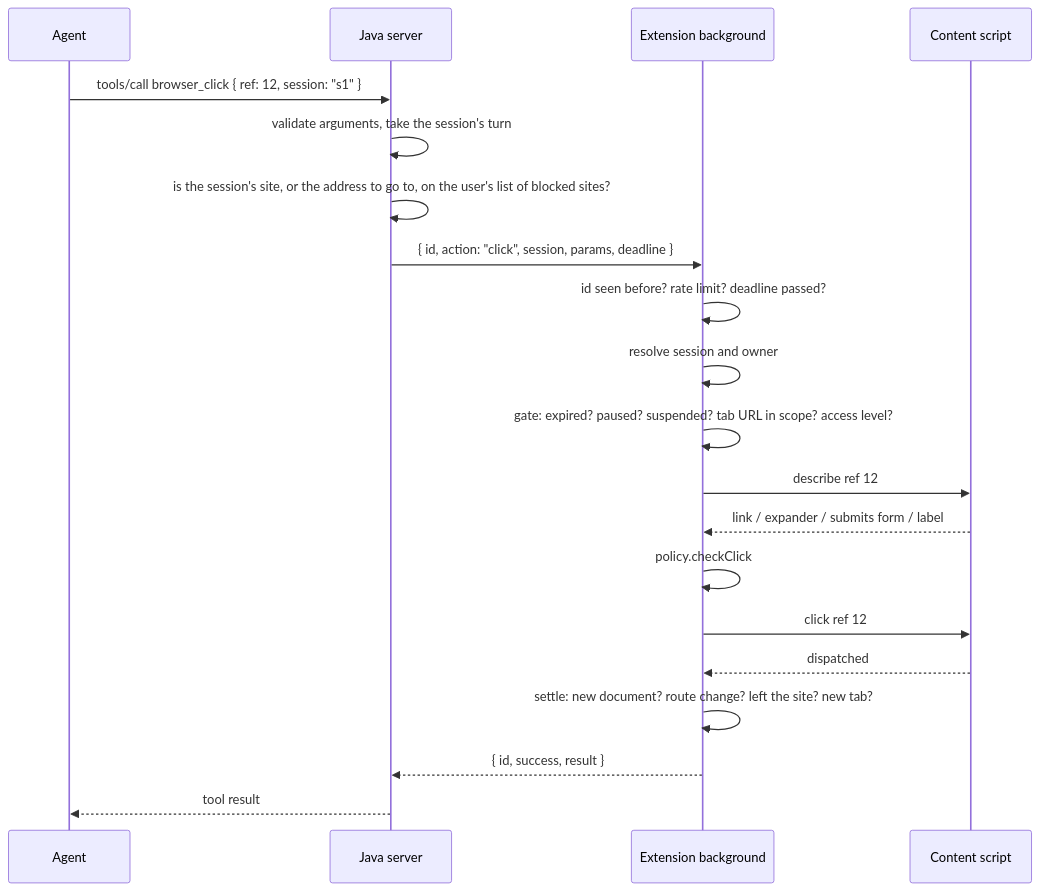
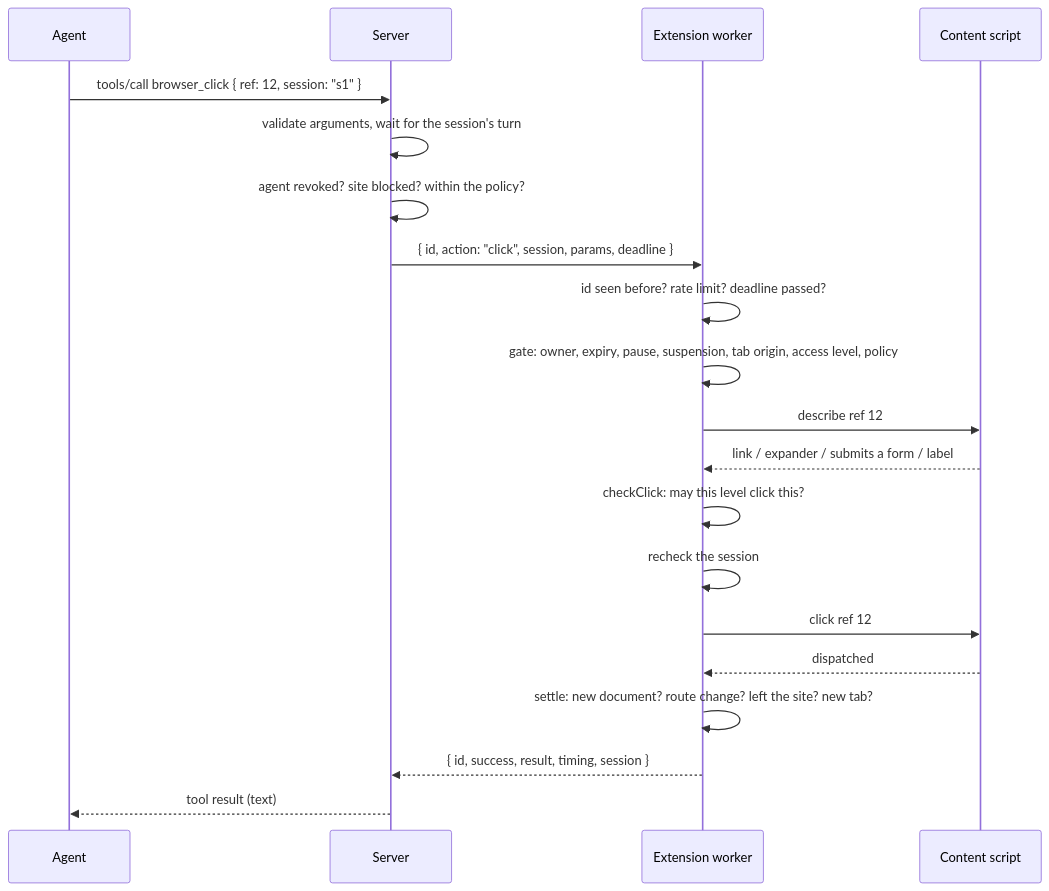
One commit to LaughingManCommits/TabGoblin changed the fourth of 7 diagrams in docs/architecture.md. Above: the diagram before and after it, drawn with Mermaid. The commit also changed other lines of this file and 24 other files, not shown here.

````diff
--- a/docs/architecture.md
+++ b/docs/architecture.md
@@ -129,22 +207,22 @@
 ```mermaid
 sequenceDiagram
   participant A as Agent
-  participant S as Java server
-  participant B as Extension background
+  participant S as Server
+  participant B as Extension worker
   participant P as Content script
   A->>S: tools/call browser_click { ref: 12, session: "s1" }
-  S->>S: validate arguments, take the session's turn
-  S->>S: is the session's site, or the address to go to, on the user's list of blocked sites?
+  S->>S: validate arguments, wait for the session's turn
+  S->>S: agent revoked? site blocked? within the policy?
   S->>B: { id, action: "click", session, params, deadline }
   B->>B: id seen before? rate limit? deadline passed?
-  B->>B: resolve session and owner
-  B->>B: gate: expired? paused? suspended? tab URL in scope? access level?
+  B->>B: gate: owner, expiry, pause, suspension, tab origin, access level, policy
   B->>P: describe ref 12
-  P-->>B: link / expander / submits form / label
-  B->>B: policy.checkClick
+  P-->>B: link / expander / submits a form / label
+  B->>B: checkClick: may this level click this?
+  B->>B: recheck the session
   B->>P: click ref 12
   P-->>B: dispatched
   B->>B: settle: new document? route change? left the site? new tab?
-  B-->>S: { id, success, result }
-  S-->>A: tool result
+  B-->>S: { id, success, result, timing, session }
+  S-->>A: tool result (text)
 ```
````
